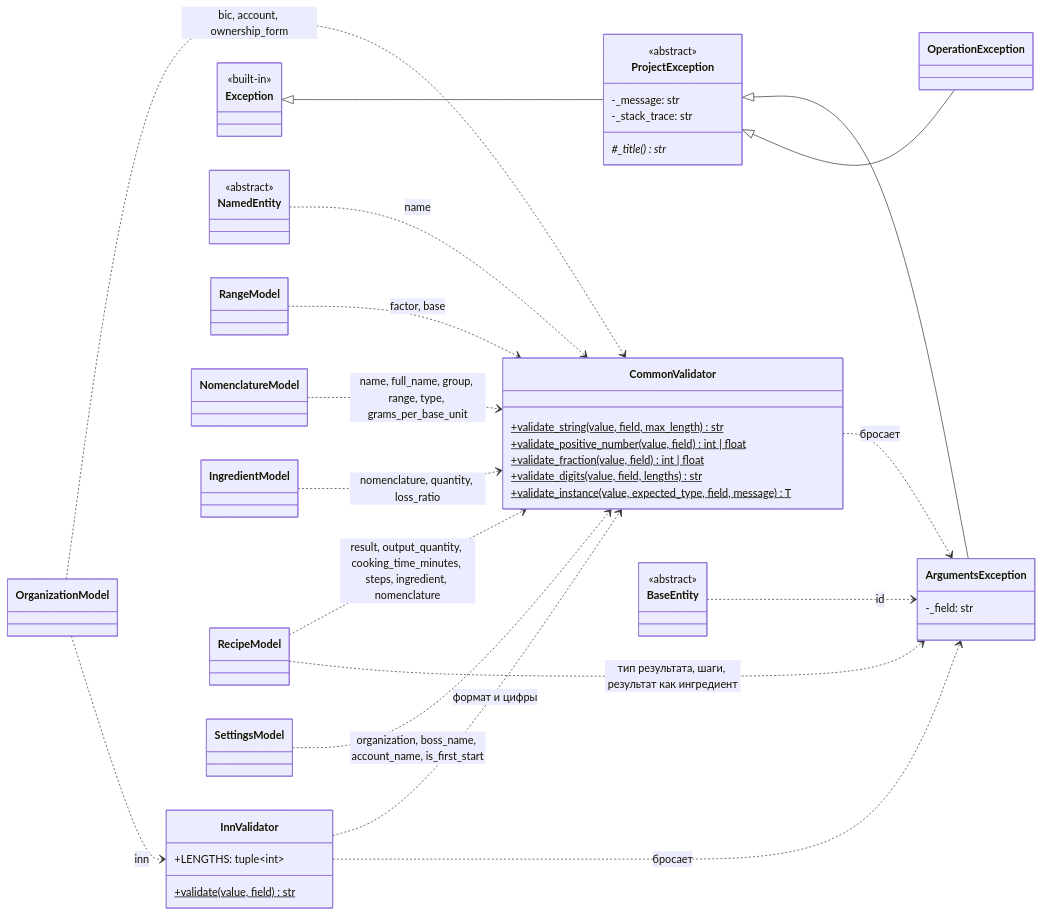
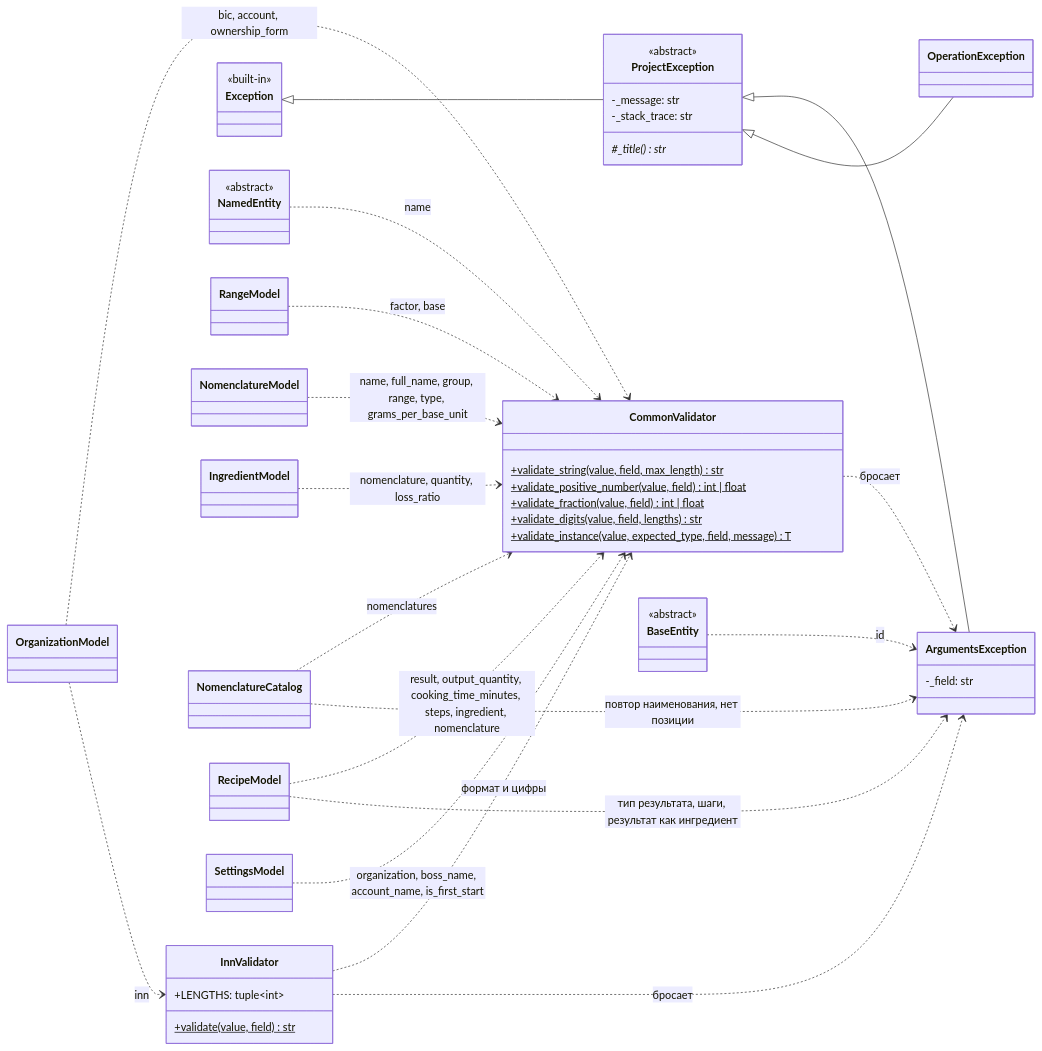
Before and after one commit to asutenshi/design-patterns: the third of 5 diagrams in Docs/ClassDiagram.md, drawn with Mermaid. The commit also changed other lines of this file and 9 other files, not shown here.

````diff
--- a/Docs/ClassDiagram.md
+++ b/Docs/ClassDiagram.md
@@ -248,66 +271,69 @@
 ```mermaid
 classDiagram
     direction LR
 
     class CommonValidator {
         +validate_string(value, field, max_length)$ str
         +validate_positive_number(value, field)$ int | float
         +validate_fraction(value, field)$ int | float
         +validate_digits(value, field, lengths)$ str
         +validate_instance(value, expected_type, field, message)$ T
     }
 
     class InnValidator {
         +LENGTHS: tuple~int~
         +validate(value, field)$ str
     }
 
     class ProjectException {
         <<abstract>>
         -_message: str
         -_stack_trace: str
         #_title()* str
     }
 
     class ArgumentsException {
         -_field: str
     }
 
     class OperationException
 
     class Exception {
         <<built-in>>
     }
 
     class NamedEntity {
         <<abstract>>
     }
 
     class BaseEntity {
         <<abstract>>
     }
 
     class RangeModel
     class NomenclatureModel
     class IngredientModel
+    class NomenclatureCatalog
     class RecipeModel
     class OrganizationModel
     class SettingsModel
 
     Exception <|-- ProjectException
     ProjectException <|-- ArgumentsException
     ProjectException <|-- OperationException
     InnValidator ..> CommonValidator : формат и цифры
     CommonValidator ..> ArgumentsException : бросает
     InnValidator ..> ArgumentsException : бросает
     BaseEntity ..> ArgumentsException : id
     NamedEntity ..> CommonValidator : name
     RangeModel ..> CommonValidator : factor, base
     NomenclatureModel ..> CommonValidator : name, full_name, group, range, type, grams_per_base_unit
     IngredientModel ..> CommonValidator : nomenclature, quantity, loss_ratio
+    NomenclatureCatalog ..> CommonValidator : nomenclatures
+    NomenclatureCatalog ..> ArgumentsException : повтор наименования, нет позиции
     RecipeModel ..> CommonValidator : result, output_quantity, cooking_time_minutes, steps, ingredient, nomenclature
     RecipeModel ..> ArgumentsException : тип результата, шаги, результат как ингредиент
     OrganizationModel ..> CommonValidator : bic, account, ownership_form
     OrganizationModel ..> InnValidator : inn
     SettingsModel ..> CommonValidator : organization, boss_name, account_name, is_first_start
 ```
````
